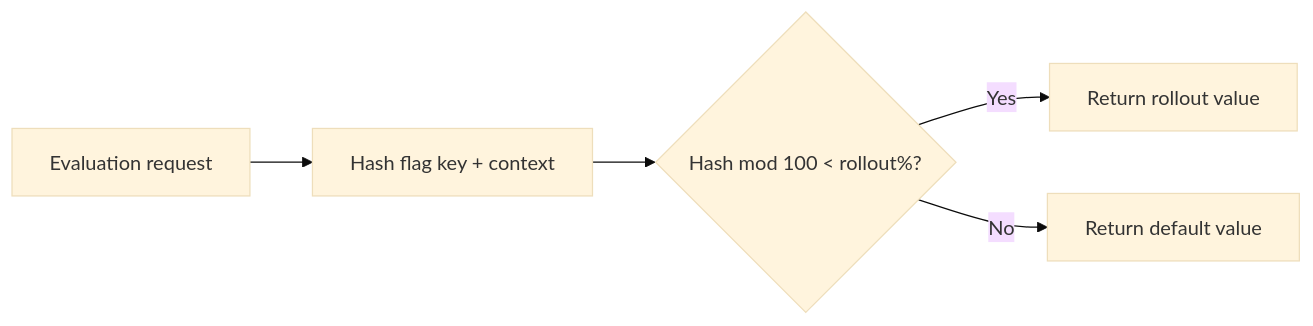
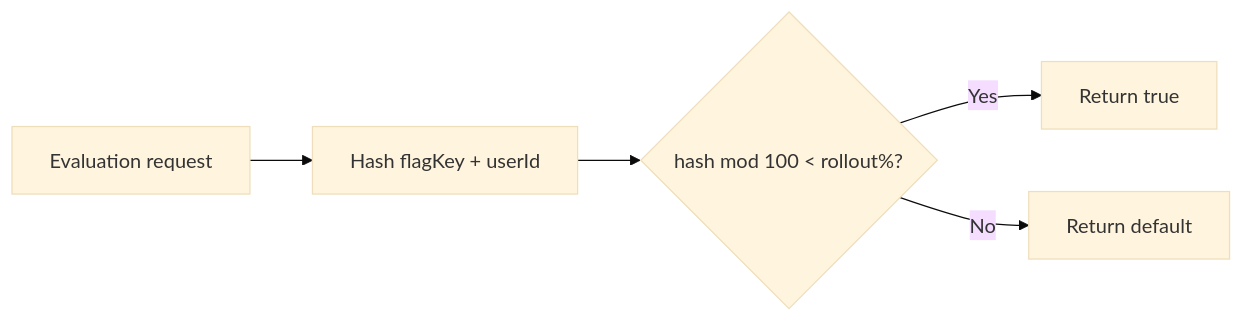
Before and after one commit to edgar-dev20/mozhno: the first of 3 diagrams in docs/en/guide/rollout.md, drawn with Mermaid (base theme). The commit also changed other lines of this file and 67 other files, not shown here.

````diff
--- a/docs/en/guide/rollout.md
+++ b/docs/en/guide/rollout.md
@@ -9,7 +16,7 @@
 ```mermaid
 flowchart LR
-    Eval[Evaluation request] --> Hash[Hash flag key + context]
-    Hash --> Bucket{Hash mod 100 < rollout%?}
-    Bucket -->|Yes| ReturnTrue[Return rollout value]
-    Bucket -->|No| ReturnDefault[Return default value]
+    Eval[Evaluation request] --> Hash[Hash flagKey + userId]
+    Hash --> Bucket{hash mod 100 < rollout%?}
+    Bucket -->|Yes| ReturnTrue[Return true]
+    Bucket -->|No| ReturnDefault[Return default]
 ```
````
